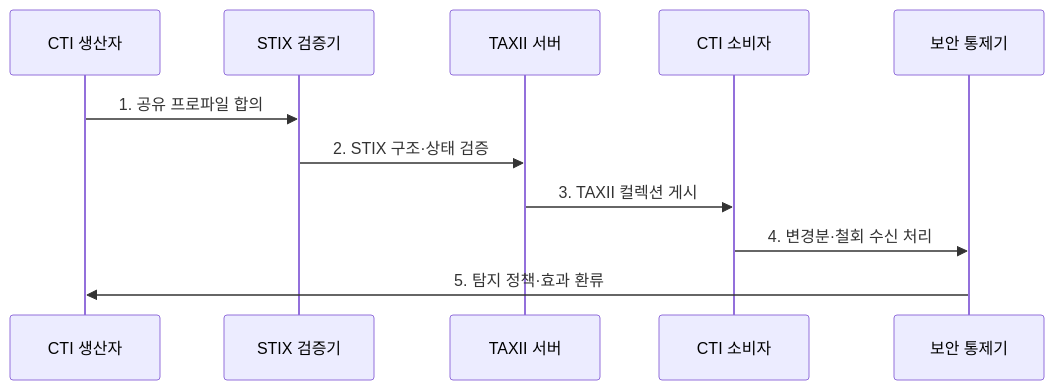
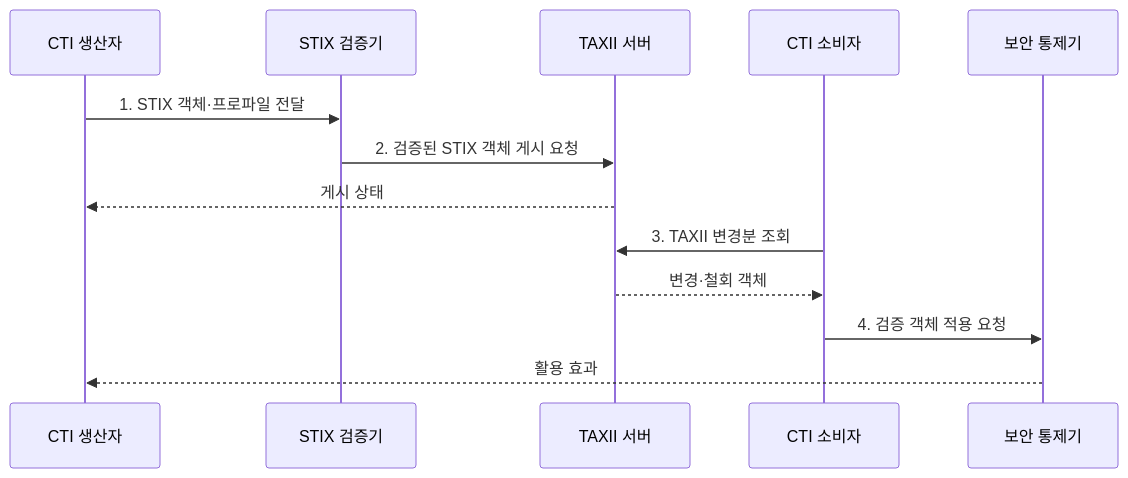
The second of 2 diagrams in src/content/docs/notes/05-security/032_stix_taxii.md (agnusdei1207/knowledge-base), drawn with Mermaid before and after one commit. The commit also changed other lines of this file and 20 other files, not shown here.

````diff
--- a/src/content/docs/notes/05-security/032_stix_taxii.md
+++ b/src/content/docs/notes/05-security/032_stix_taxii.md
@@ -86,13 +86,15 @@
 ```mermaid
 sequenceDiagram
     participant P as CTI 생산자
     participant V as STIX 검증기
     participant T as TAXII 서버
     participant C as CTI 소비자
     participant S as 보안 통제기
-    P->>V: 1. 공유 프로파일 합의
-    V->>T: 2. STIX 구조·상태 검증
-    T->>C: 3. TAXII 컬렉션 게시
-    C->>S: 4. 변경분·철회 수신 처리
-    S->>P: 5. 탐지 정책·효과 환류
+    P->>V: 1. STIX 객체·프로파일 전달
+    V->>T: 2. 검증된 STIX 객체 게시 요청
+    T-->>P: 게시 상태
+    C->>T: 3. TAXII 변경분 조회
+    T-->>C: 변경·철회 객체
+    C->>S: 4. 검증 객체 적용 요청
+    S-->>P: 활용 효과
 ```
````
